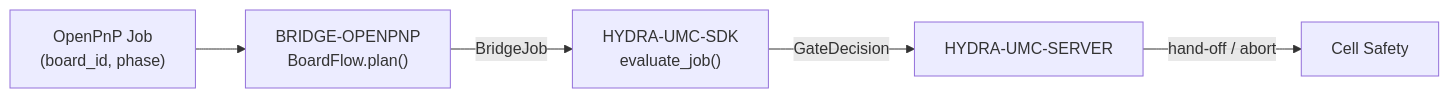
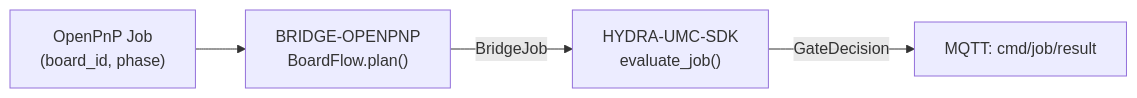
Before and after one commit to JuanenRac/HYDRA-UMC-BRIDGE-OPENPNP: the diagram in README.md, drawn with Mermaid. The commit also changed other lines of this file and 22 other files, not shown here.

````diff
--- a/README.md
+++ b/README.md
@@ -50,7 +51,6 @@
 ```mermaid
 flowchart LR
     JOB["OpenPnP Job<br/>(board_id, phase)"] --> BRIDGE["BRIDGE-OPENPNP<br/>BoardFlow.plan()"]
     BRIDGE -- "BridgeJob" --> SDK["HYDRA-UMC-SDK<br/>evaluate_job()"]
-    SDK -- GateDecision --> SERVER["HYDRA-UMC-SERVER"]
-    SERVER -- "hand-off / abort" --> CELL["Cell Safety"]
+    SDK -- GateDecision --> RESULT["MQTT: cmd/job/result"]
 ```
````
